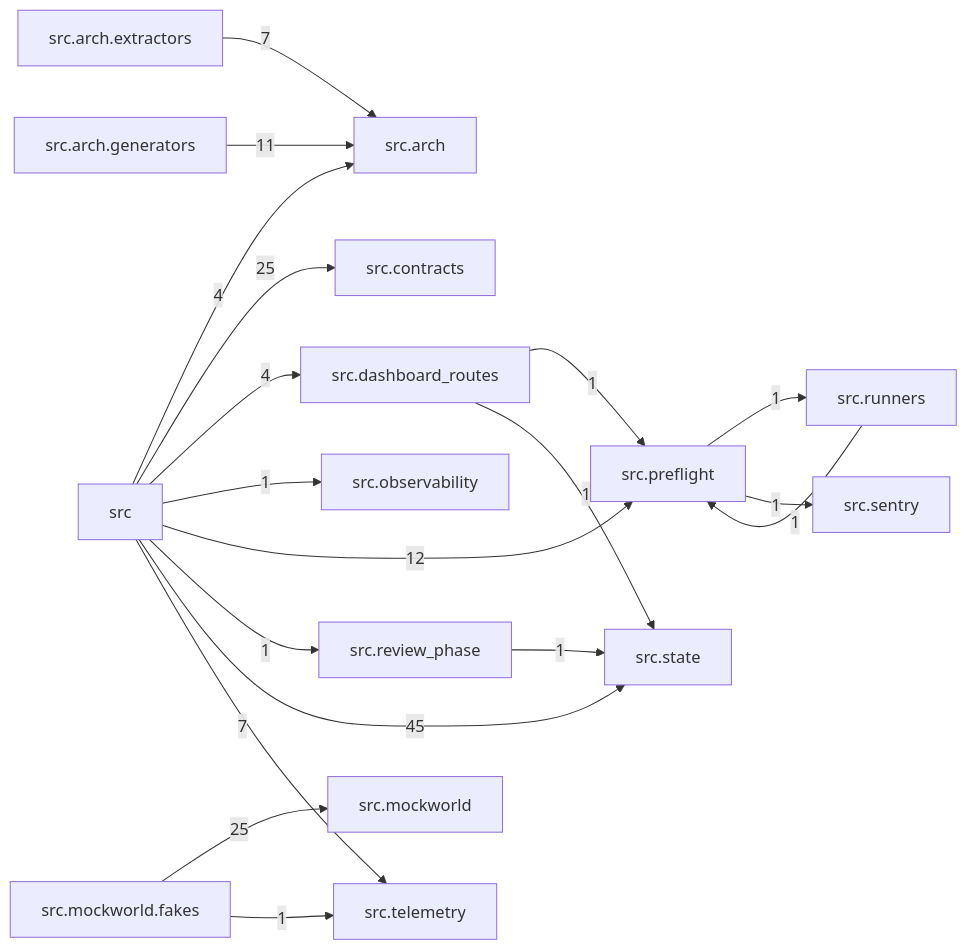
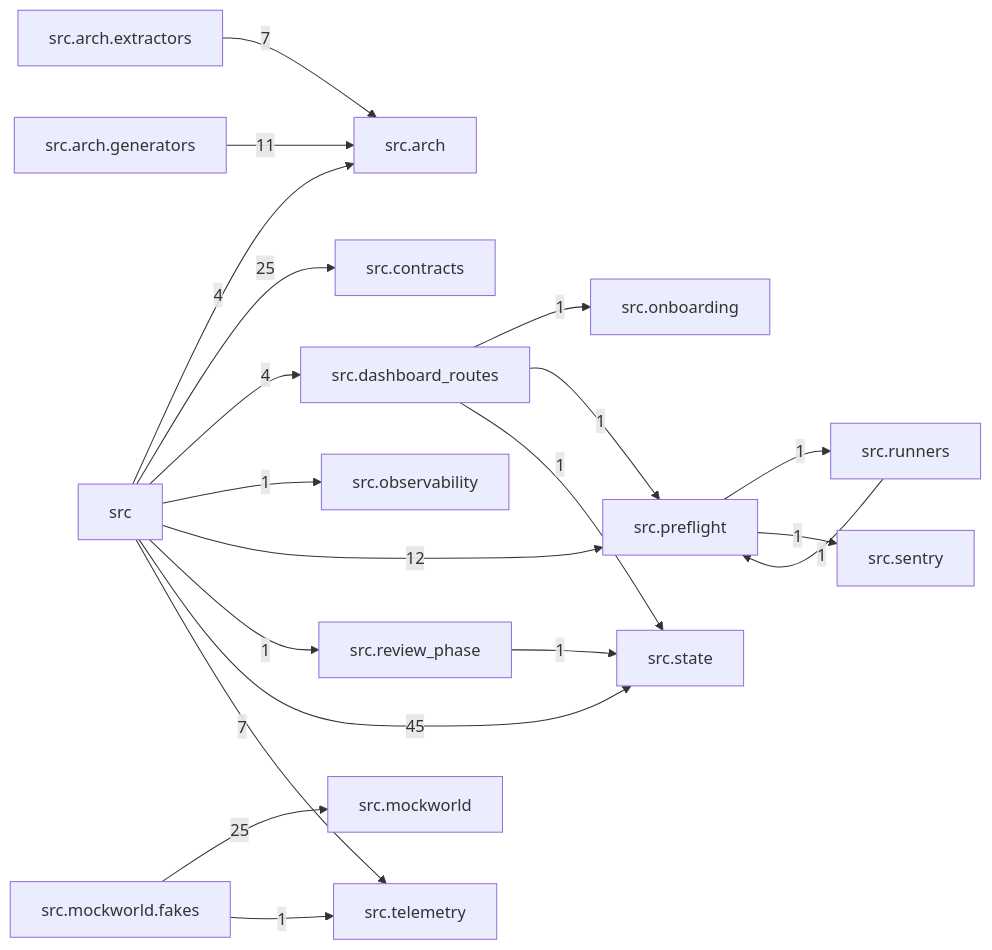
The diagram in docs/arch/generated/modules.md (T-rav/hydraflow), drawn with Mermaid before and after one commit. The commit also changed other lines of this file and 19 other files, not shown here.

````diff
--- a/docs/arch/generated/modules.md
+++ b/docs/arch/generated/modules.md
@@ -7,36 +7,38 @@
 ```mermaid
 graph LR
     src["src"]
     src_arch["src.arch"]
     src_arch_extractors["src.arch.extractors"]
     src_arch_generators["src.arch.generators"]
     src_contracts["src.contracts"]
     src_dashboard_routes["src.dashboard_routes"]
     src_mockworld["src.mockworld"]
     src_mockworld_fakes["src.mockworld.fakes"]
     src_observability["src.observability"]
+    src_onboarding["src.onboarding"]
     src_preflight["src.preflight"]
     src_review_phase["src.review_phase"]
     src_runners["src.runners"]
     src_sentry["src.sentry"]
     src_state["src.state"]
     src_telemetry["src.telemetry"]
     src -- "4" --> src_arch
     src -- "25" --> src_contracts
     src -- "4" --> src_dashboard_routes
     src -- "1" --> src_observability
     src -- "12" --> src_preflight
     src -- "1" --> src_review_phase
     src -- "45" --> src_state
     src -- "7" --> src_telemetry
     src_arch_extractors -- "7" --> src_arch
     src_arch_generators -- "11" --> src_arch
+    src_dashboard_routes -- "1" --> src_onboarding
     src_dashboard_routes -- "1" --> src_preflight
     src_dashboard_routes -- "1" --> src_state
     src_mockworld_fakes -- "25" --> src_mockworld
     src_mockworld_fakes -- "1" --> src_telemetry
     src_preflight -- "1" --> src_runners
     src_preflight -- "1" --> src_sentry
     src_review_phase -- "1" --> src_state
     src_runners -- "1" --> src_preflight
 ```
````
